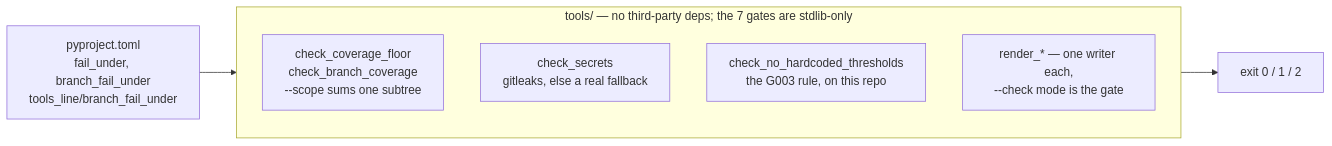
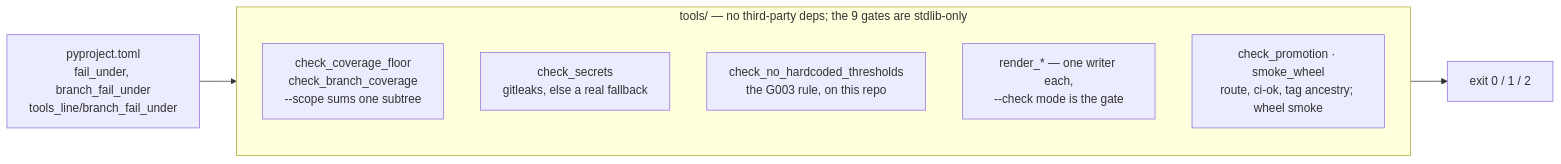
Before and after one commit to ianshank/planlint: the diagram in tools/AGENTS.md, drawn with Mermaid. The commit also changed other lines of this file and 38 other files, not shown here.

````diff
--- a/tools/AGENTS.md
+++ b/tools/AGENTS.md
@@ -8,12 +8,13 @@
 ```mermaid
 flowchart LR
     cfg["pyproject.toml<br/>fail_under, branch_fail_under<br/>tools_line/branch_fail_under"] --> gates
-    subgraph gates["tools/ — no third-party deps; the 7 gates are stdlib-only"]
+    subgraph gates["tools/ — no third-party deps; the 9 gates are stdlib-only"]
         direction TB
         cov["check_coverage_floor<br/>check_branch_coverage<br/>--scope sums one subtree"]
         sec["check_secrets<br/>gitleaks, else a real fallback"]
         thr["check_no_hardcoded_thresholds<br/>the G003 rule, on this repo"]
         gen["render_* — one writer each,<br/>--check mode is the gate"]
+        rel["check_promotion · smoke_wheel<br/>route, ci-ok, tag ancestry; wheel smoke"]
     end
     gates --> verdict["exit 0 / 1 / 2"]
 ```
````
